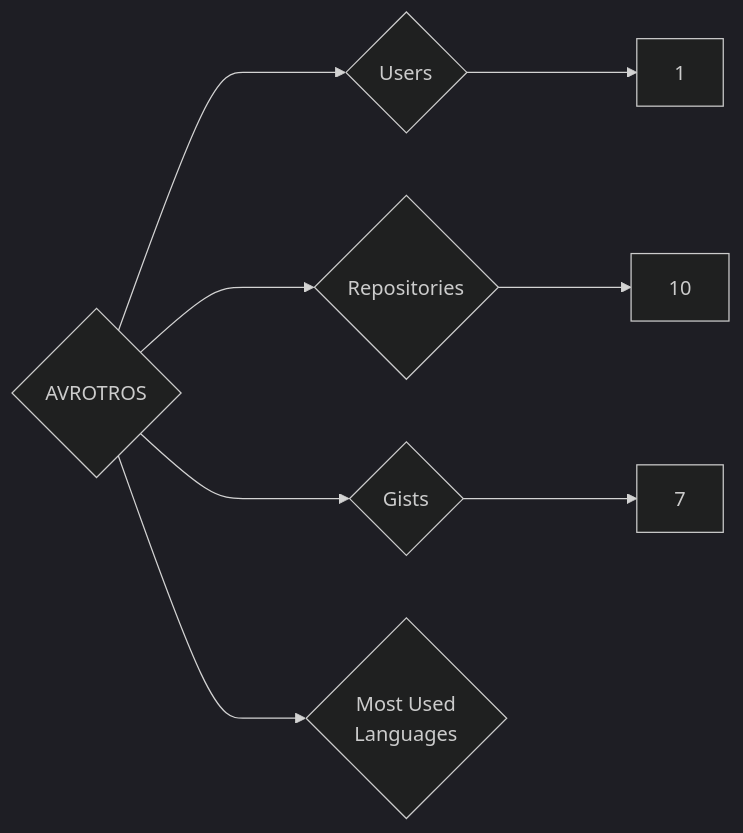
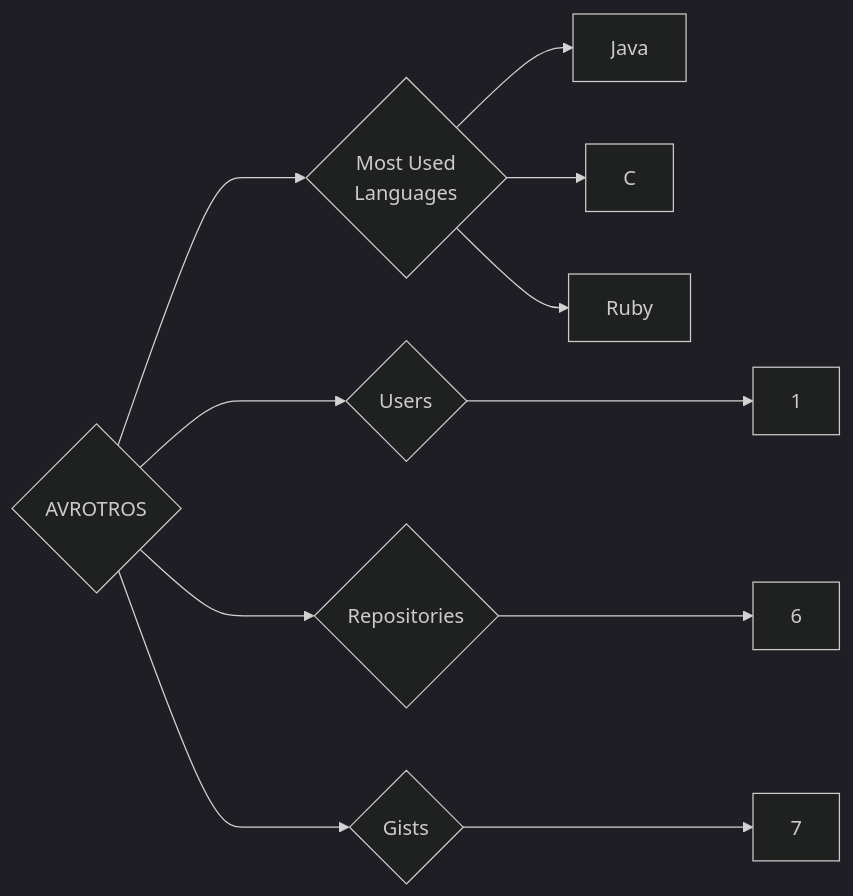
One commit to trickest/insiders changed the diagram in targets/AVROTROS/README.md. Above: the diagram before and after it, drawn with Mermaid (dark theme). The commit also changed 1314 other files, not shown here.

````diff
--- a/targets/AVROTROS/README.md
+++ b/targets/AVROTROS/README.md
@@ -3,8 +3,11 @@
 ```mermaid
 graph LR
 COMPANY_NAME{AVROTROS}
 COMPANY_NAME ---> U{Users} ---> UN[1]
-COMPANY_NAME ---> R{Repositories} ---> RN[10]
+COMPANY_NAME ---> R{Repositories} ---> RN[6]
 COMPANY_NAME ---> G{Gists} ---> GN[7]
 COMPANY_NAME ---> ML{Most Used<br>Languages}
+ML --> Java[Java]
+ML --> C[C]
+ML --> Ruby[Ruby]
 ```
````
